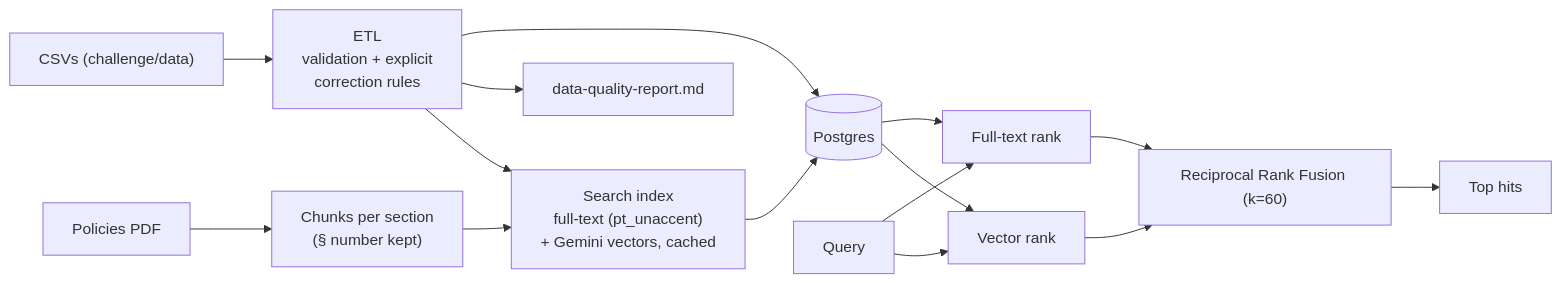
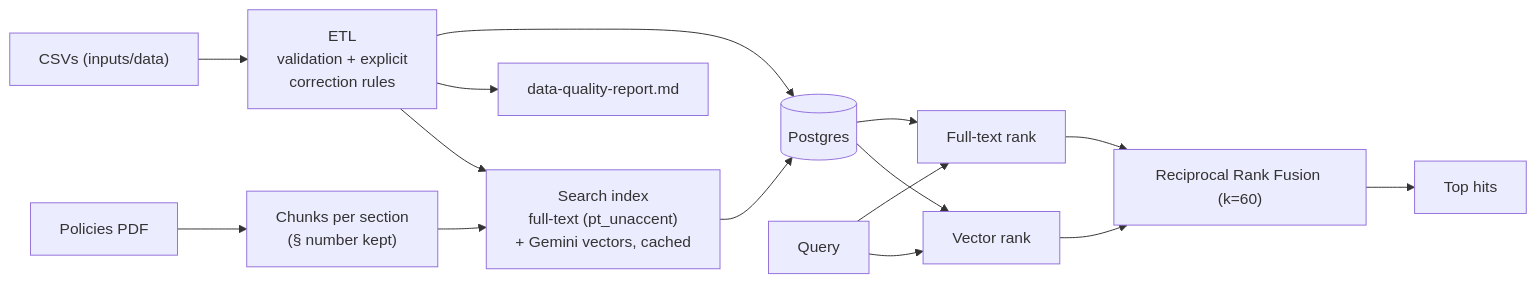
Before and after one commit to dinorahfariasc/emporio-da-musica-agent: the fourth of 7 diagrams in docs/architecture.md, drawn with Mermaid. The commit also changed 54 other files, not shown here.

First line of the commit message:
docs: project overview and rename source data folder to inputs (#63)

````diff
--- a/docs/architecture.md
+++ b/docs/architecture.md
@@ -70,17 +70,17 @@
 ```mermaid
 flowchart LR
-    csv["CSVs (challenge/data)"] --> etl["ETL<br/>validation + explicit<br/>correction rules"]
+    csv["CSVs (inputs/data)"] --> etl["ETL<br/>validation + explicit<br/>correction rules"]
     pdf["Policies PDF"] --> chunk["Chunks per section<br/>(§ number kept)"]
     etl --> pg[("Postgres")]
     etl --> report["data-quality-report.md"]
     chunk --> idx["Search index<br/>full-text (pt_unaccent)<br/>+ Gemini vectors, cached"]
     etl --> idx
     idx --> pg
     q[Query] --> ft[Full-text rank]
     q --> vec[Vector rank]
     pg --> ft
     pg --> vec
     ft --> rrf["Reciprocal Rank Fusion (k=60)"]
     vec --> rrf
     rrf --> hits[Top hits]
 ```
````
